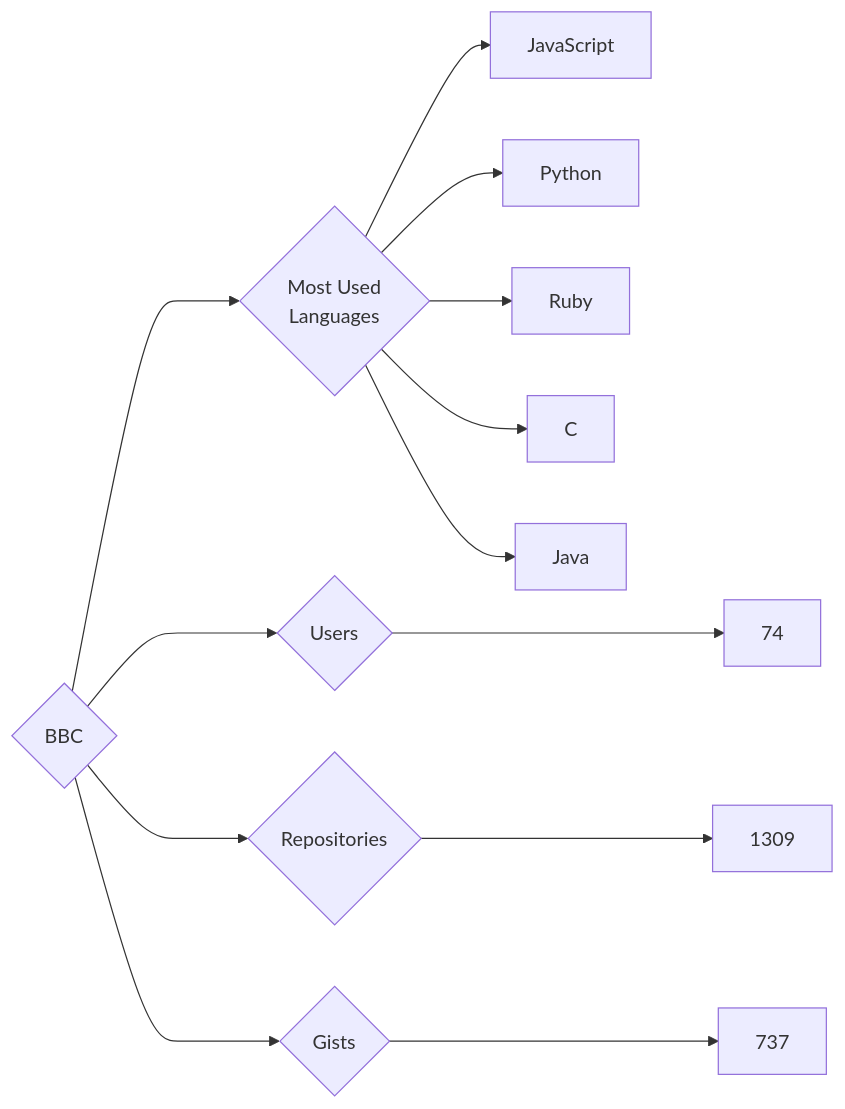
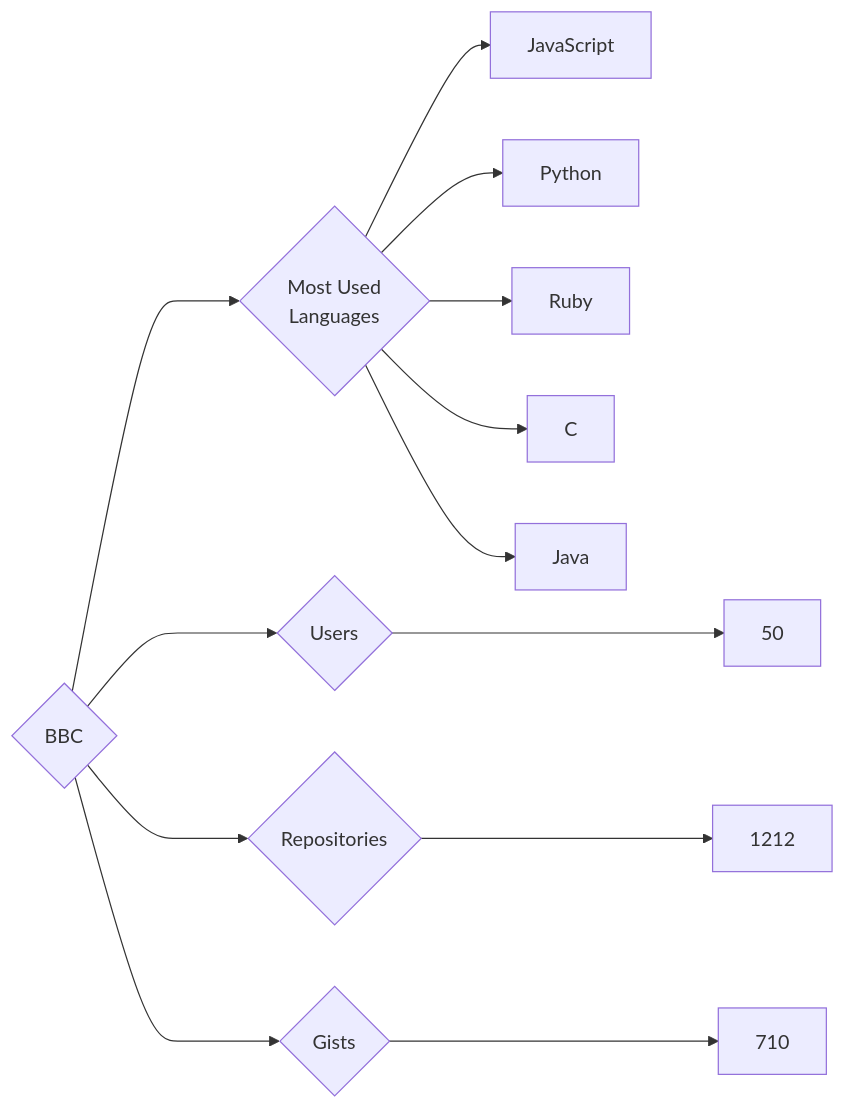
The diagram in targets/BBC/README.md (trickest/insiders), drawn with Mermaid before and after one commit. The commit also changed 736 other files, not shown here.

````diff
--- a/targets/BBC/README.md
+++ b/targets/BBC/README.md
@@ -3,13 +3,13 @@
 ```mermaid
 graph LR
 COMPANY_NAME{BBC}
-COMPANY_NAME ---> U{Users} ---> UN[74]
-COMPANY_NAME ---> R{Repositories} ---> RN[1309]
-COMPANY_NAME ---> G{Gists} ---> GN[737]
+COMPANY_NAME ---> U{Users} ---> UN[50]
+COMPANY_NAME ---> R{Repositories} ---> RN[1212]
+COMPANY_NAME ---> G{Gists} ---> GN[710]
 COMPANY_NAME ---> ML{Most Used<br>Languages}
 ML --> JavaScript[JavaScript]
 ML --> Python[Python]
 ML --> Ruby[Ruby]
 ML --> C[C]
 ML --> Java[Java]
 ```
````
